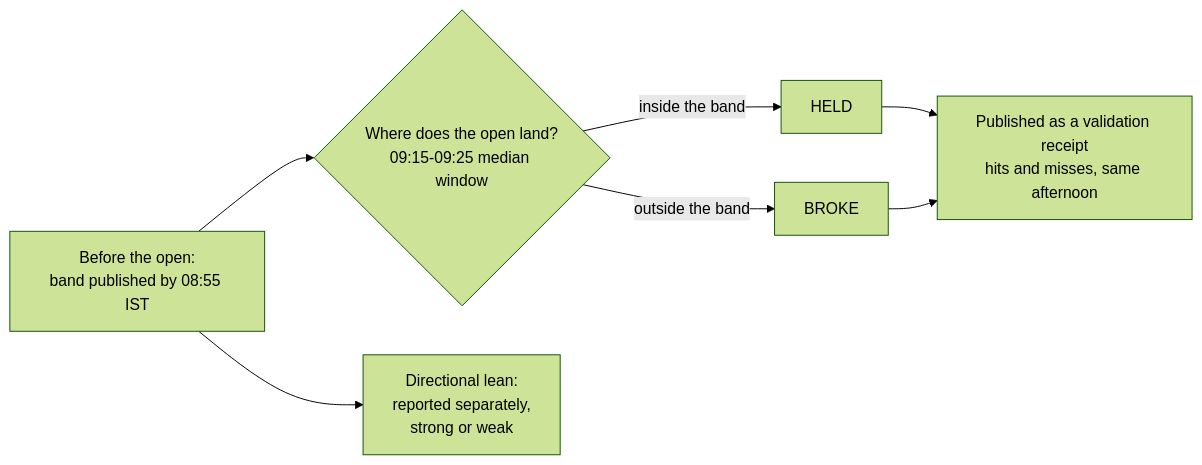
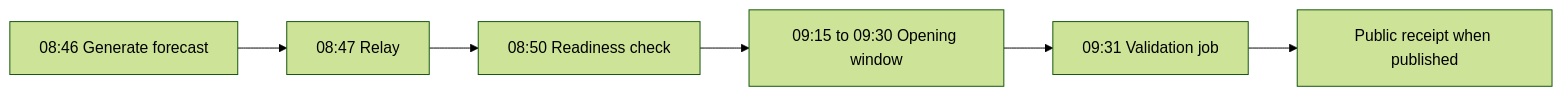
The diagram in docs/how-to-read-a-band.md (AION-Analytics-India/aion-veritas), drawn with Mermaid (forest theme) before and after one commit. The commit also changed other lines of this file, not shown here.

Commit message:
docs(veritas): reconcile validation receipts, methodology and access limitations

````diff
--- a/docs/how-to-read-a-band.md
+++ b/docs/how-to-read-a-band.md
@@ -35,9 +19,8 @@
 ```mermaid
 flowchart LR
-    A[Before the open:<br/>band published by 08:55 IST] --> B{Where does the open land?<br/>09:15-09:25 median window}
-    B -->|inside the band| C[HELD]
-    B -->|outside the band| D[BROKE]
-    C --> E[Published as a validation receipt<br/>hits and misses, same afternoon]
-    D --> E
-    A --> F[Directional lean:<br/>reported separately,<br/>strong or weak]
+  A[08:46 Generate forecast] --> B[08:47 Relay]
+  B --> C[08:50 Readiness check]
+  C --> D[09:15 to 09:30 Opening window]
+  D --> E[09:31 Validation job]
+  E --> F[Public receipt when published]
 ```
````
